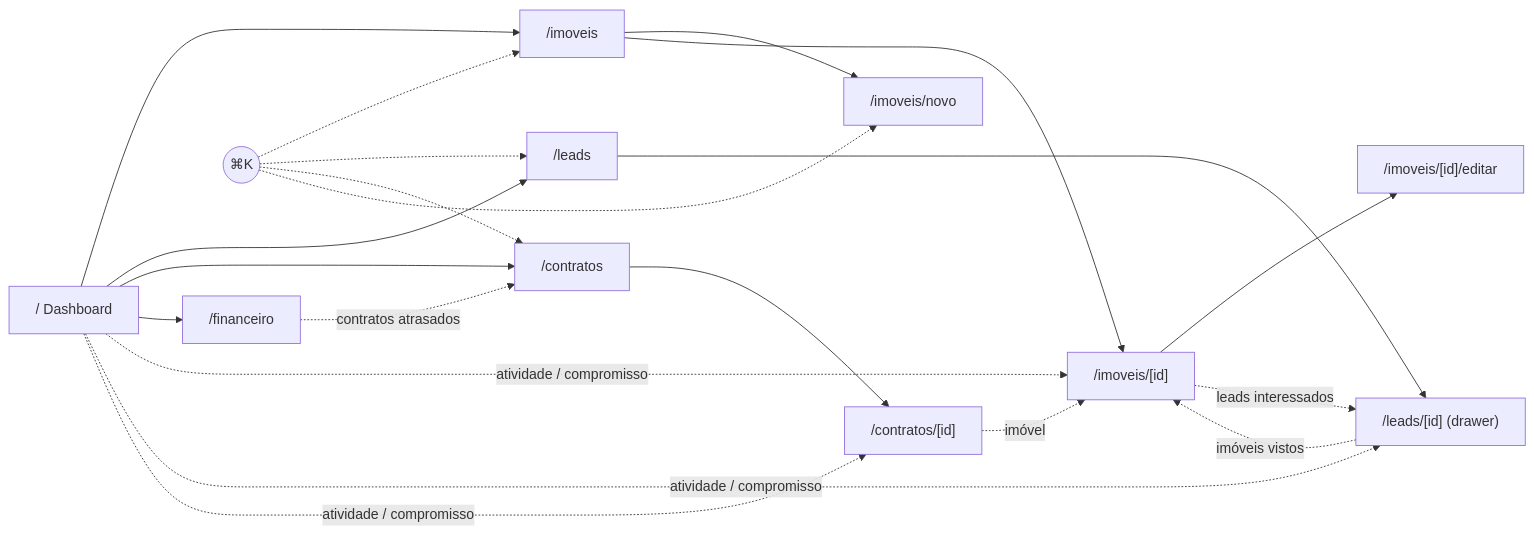
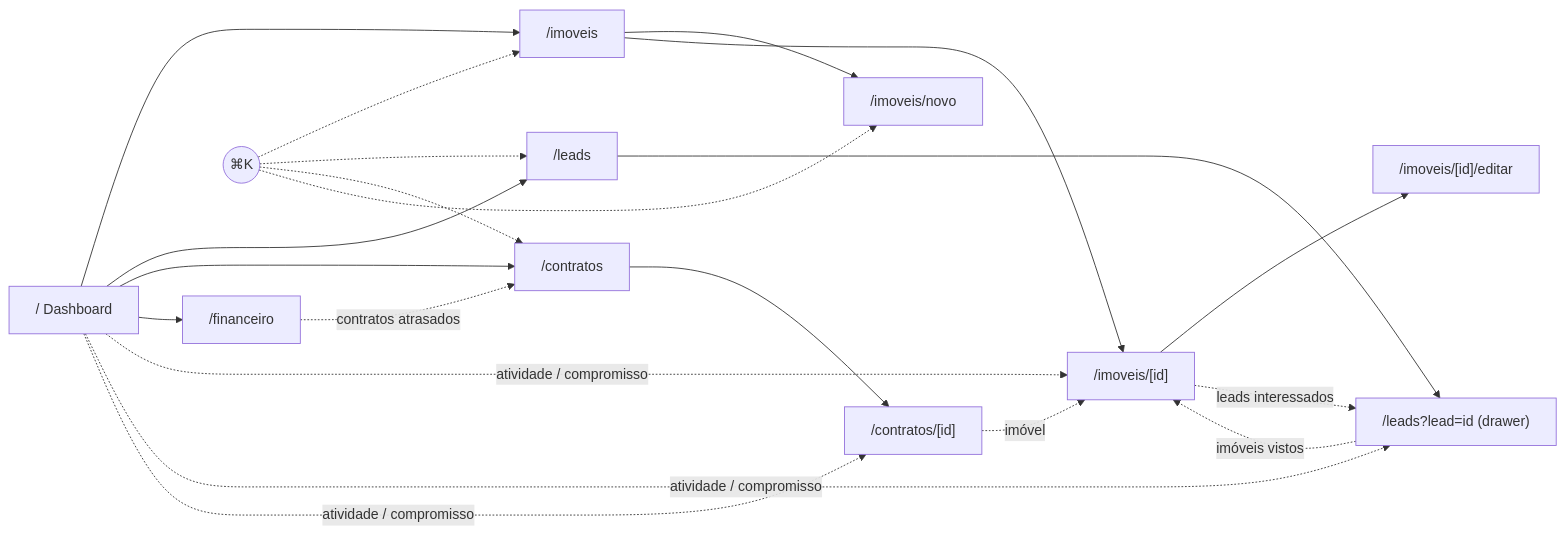
One commit to LauroSeibert/Atrium changed the diagram in docs/REQUISITOS.md. Above: the diagram before and after it, drawn with Mermaid. The commit also changed other lines of this file and 2 other files, not shown here.

````diff
--- a/docs/REQUISITOS.md
+++ b/docs/REQUISITOS.md
@@ -203,17 +196,17 @@
 ```mermaid
 flowchart LR
   D["/ Dashboard"] --> I["/imoveis"]
   D --> L["/leads"]
   D --> C["/contratos"]
   D --> F["/financeiro"]
   I --> IN["/imoveis/novo"]
   I --> ID["/imoveis/[id]"] --> IE["/imoveis/[id]/editar"]
   ID -. leads interessados .-> LD
-  L --> LD["/leads/[id] (drawer)"]
+  L --> LD["/leads?lead=id (drawer)"]
   LD -. imóveis vistos .-> ID
   C --> CD["/contratos/[id]"]
   CD -. imóvel .-> ID
   F -. contratos atrasados .-> C
   D -. atividade / compromisso .-> ID & LD & CD
   K(("⌘K")) -.-> I & L & C & IN
 ```
````
